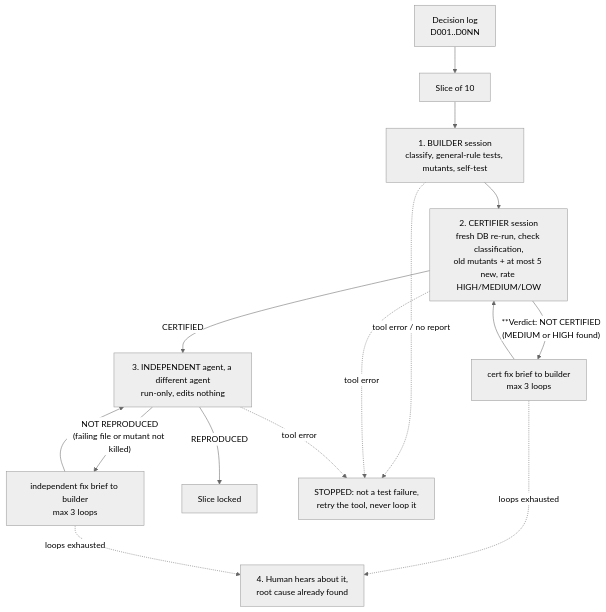
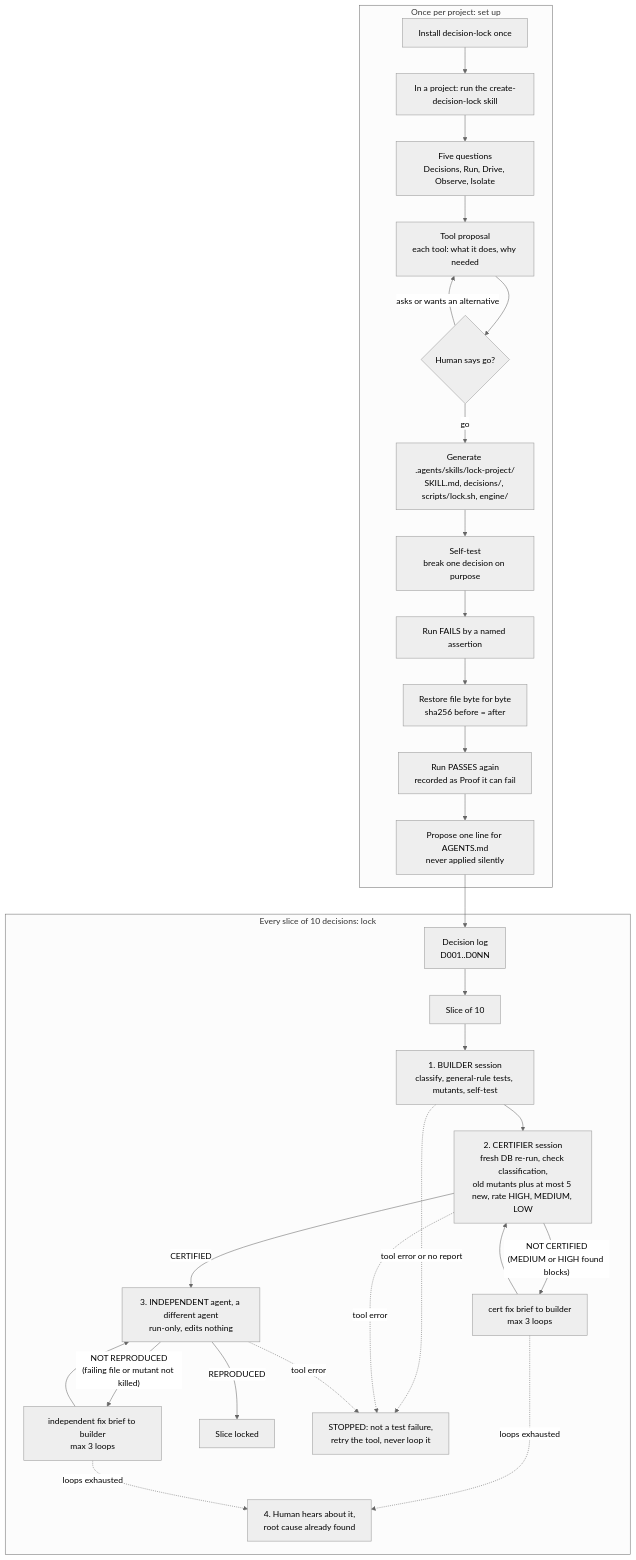
Before and after one commit to fetch-spec/decision-lock: the diagram in README.md, drawn with Mermaid (neutral theme). The commit also changed other lines of this file, not shown here.

Commit message:
One flow chart: setup and slice loop in a single diagram

````diff
--- a/README.md
+++ b/README.md
@@ -78,17 +31,33 @@
 ```mermaid
 flowchart TD
-    LOG[Decision log<br/>D001..D0NN] --> SLICE[Slice of 10]
-    SLICE --> BUILD[1. BUILDER session<br/>classify, general-rule tests, mutants, self-test]
-    BUILD --> CERT[2. CERTIFIER session<br/>fresh DB re-run, check classification,<br/>old mutants + at most 5 new, rate HIGH/MEDIUM/LOW]
-    CERT -->|"**Verdict: NOT CERTIFIED<br/>(MEDIUM or HIGH found)"| FIX1[cert fix brief to builder<br/>max 3 loops]
-    FIX1 --> CERT
-    CERT -->|CERTIFIED| IND[3. INDEPENDENT agent, a different agent<br/>run-only, edits nothing]
-    IND -->|"NOT REPRODUCED<br/>(failing file or mutant not killed)"| FIX2[independent fix brief to builder<br/>max 3 loops]
-    FIX2 --> IND
-    IND -->|REPRODUCED| DONE[Slice locked]
-    FIX1 -.loops exhausted.-> HUMAN[4. Human hears about it,<br/>root cause already found]
-    FIX2 -.loops exhausted.-> HUMAN
-    BUILD -.tool error / no report.-> STOP[STOPPED: not a test failure,<br/>retry the tool, never loop it]
-    CERT -.tool error.-> STOP
-    IND -.tool error.-> STOP
+    subgraph SETUP["Once per project: set up"]
+        INSTALL["Install decision-lock once"] --> INVOKE["In a project: run the create-decision-lock skill"]
+        INVOKE --> FQ["Five questions<br/>Decisions, Run, Drive, Observe, Isolate"]
+        FQ --> PROP["Tool proposal<br/>each tool: what it does, why needed"]
+        PROP --> GO{"Human says go?"}
+        GO -->|"asks or wants an alternative"| PROP
+        GO -->|"go"| GEN["Generate .agents/skills/lock-project/<br/>SKILL.md, decisions/, scripts/lock.sh, engine/"]
+        GEN --> ST["Self-test<br/>break one decision on purpose"]
+        ST --> FAIL["Run FAILS by a named assertion"]
+        FAIL --> RESTORE["Restore file byte for byte<br/>sha256 before = after"]
+        RESTORE --> PASS["Run PASSES again<br/>recorded as Proof it can fail"]
+        PASS --> RULE["Propose one line for AGENTS.md<br/>never applied silently"]
+    end
+    subgraph SLICE_LOOP["Every slice of 10 decisions: lock"]
+        LOG["Decision log<br/>D001..D0NN"] --> SLICE["Slice of 10"]
+        SLICE --> BUILD["1. BUILDER session<br/>classify, general-rule tests, mutants, self-test"]
+        BUILD --> CERT["2. CERTIFIER session<br/>fresh DB re-run, check classification,<br/>old mutants plus at most 5 new, rate HIGH, MEDIUM, LOW"]
+        CERT -->|"NOT CERTIFIED<br/>(MEDIUM or HIGH found blocks)"| FIX1["cert fix brief to builder<br/>max 3 loops"]
+        FIX1 --> CERT
+        CERT -->|"CERTIFIED"| IND["3. INDEPENDENT agent, a different agent<br/>run-only, edits nothing"]
+        IND -->|"NOT REPRODUCED<br/>(failing file or mutant not killed)"| FIX2["independent fix brief to builder<br/>max 3 loops"]
+        FIX2 --> IND
+        IND -->|"REPRODUCED"| DONE["Slice locked"]
+        FIX1 -.->|"loops exhausted"| HUMAN["4. Human hears about it,<br/>root cause already found"]
+        FIX2 -.->|"loops exhausted"| HUMAN
+        BUILD -.->|"tool error or no report"| STOP["STOPPED: not a test failure,<br/>retry the tool, never loop it"]
+        CERT -.->|"tool error"| STOP
+        IND -.->|"tool error"| STOP
+    end
+    RULE --> LOG
 ```
````
